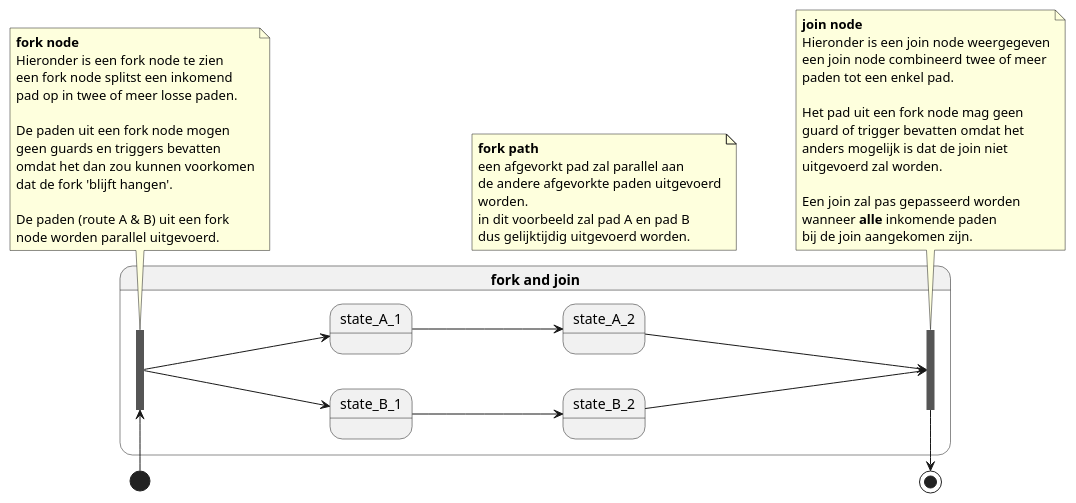
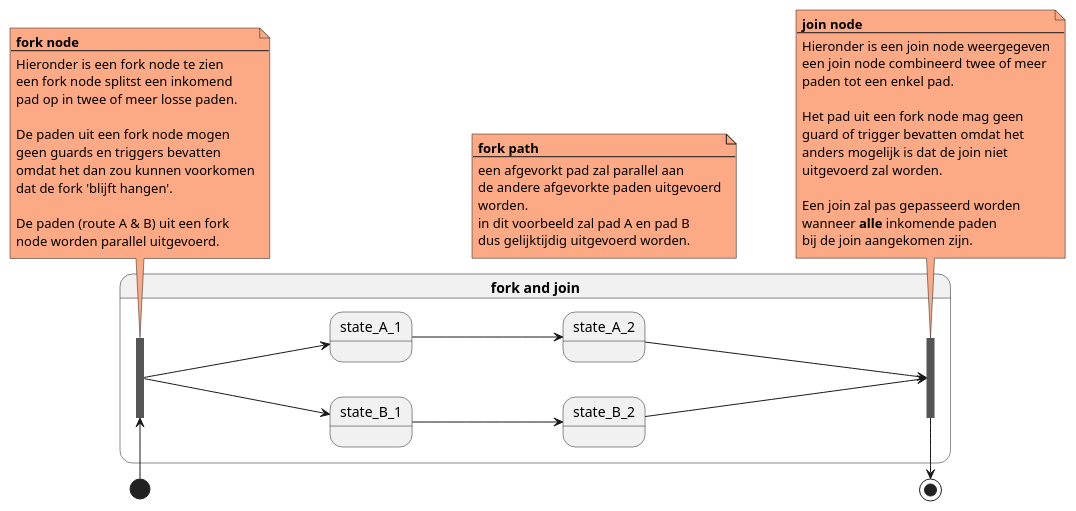
Before and after one commit to LukevLuijn/cheat_sheet_osm_mo: the diagram in plantuml/state/fork_join.puml, drawn with PlantUML. The commit also changed 52 other files, not shown here.

Commit message:
[cheat-sheet] added colors to all diagrams.

```diff
--- a/plantuml/state/fork_join.puml
+++ b/plantuml/state/fork_join.puml
@@ -1,63 +1,66 @@
 @startuml
 'https://plantuml.com/state-diagram
 
 left to right direction
 
 state s1 as "**fork and join**"{
     state fork_state <<fork>>
     state join_state <<join>>
 
     fork_state --> state_B_1
     fork_state --> state_A_1
 
     state_B_1 --> state_B_2
     state_A_1 --> state_A_2
 
     state_B_2 --> join_state
     state_A_2 --> join_state
 }
 [*] -> fork_state
 join_state -left-> [*]
 
-note bottom of fork_state
+note bottom of fork_state #FCA985
     **fork node**
+    --
     Hieronder is een fork node te zien
     een fork node splitst een inkomend
     pad op in twee of meer losse paden.
 
     De paden uit een fork node mogen
     geen guards en triggers bevatten
     omdat het dan zou kunnen voorkomen
     dat de fork 'blijft hangen'.
 
     De paden (route A & B) uit een fork
     node worden parallel uitgevoerd.
 end note
 
-note bottom of join_state
+note bottom of join_state #FCA985
     **join node**
+    --
     Hieronder is een join node weergegeven
     een join node combineerd twee of meer
     paden tot een enkel pad.
 
     Het pad uit een fork node mag geen
     guard of trigger bevatten omdat het
     anders mogelijk is dat de join niet
     uitgevoerd zal worden.
 
     Een join zal pas gepasseerd worden
     wanneer **alle** inkomende paden
     bij de join aangekomen zijn.
 end note
 
-note as n1
+note as n1 #FCA985
     **fork path**
+    --
     een afgevorkt pad zal parallel aan
     de andere afgevorkte paden uitgevoerd
     worden.
     in dit voorbeeld zal pad A en pad B
     dus gelijktijdig uitgevoerd worden.
 end note
 n1 -[hidden]left-> state_B_2
 
 @enduml
```
